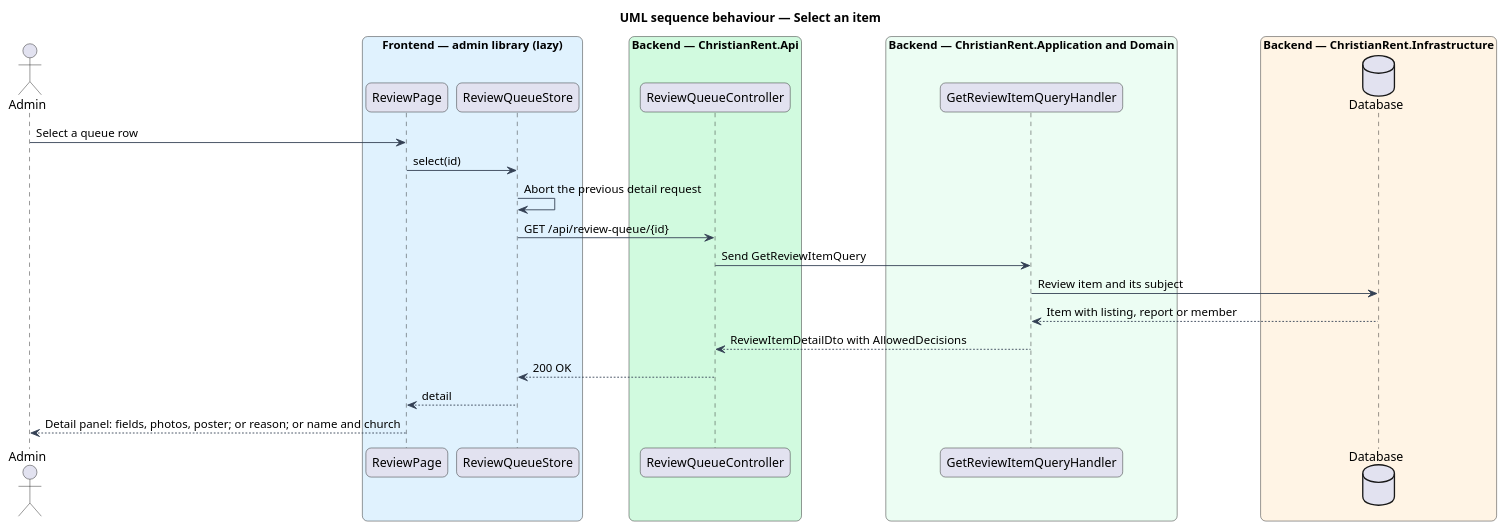
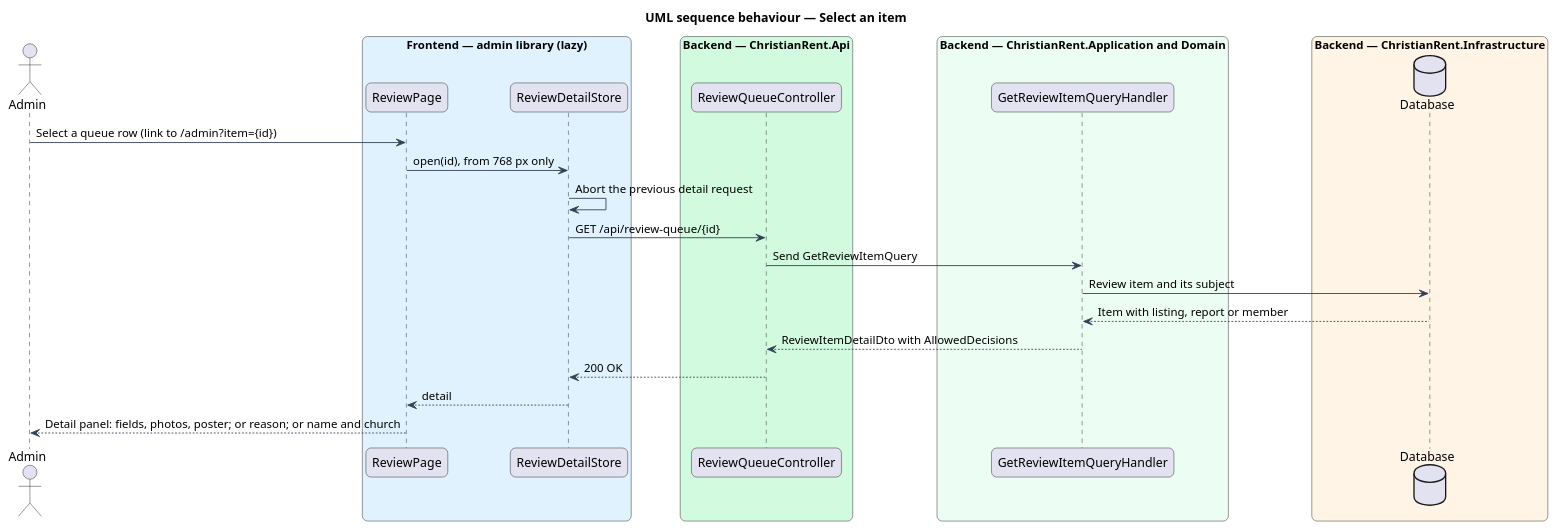
The diagram in docs/detailed-designs/review/view-review-queue/diagrams/sequence-select-item.puml (QuinntyneBrown/christian-rent), drawn with PlantUML before and after one commit. The commit also changed 19 other files, not shown here.

```diff
--- a/docs/detailed-designs/review/view-review-queue/diagrams/sequence-select-item.puml
+++ b/docs/detailed-designs/review/view-review-queue/diagrams/sequence-select-item.puml
@@ -1,42 +1,42 @@
 @startuml
 title UML sequence behaviour — Select an item
 skinparam backgroundColor #FFFFFF
 skinparam shadowing false
 skinparam roundcorner 12
 skinparam defaultFontName Arial
 skinparam ArrowColor #344054
 skinparam rectangle {
   BorderColor #344054
   FontColor #101828
 }
 skinparam package {
   BorderColor #667085
   FontColor #101828
   BackgroundColor #F9FAFB
 }
 actor "Admin" as actor
 box "Frontend — admin library (lazy)" #E0F2FE
   participant "ReviewPage" as page
-  participant "ReviewQueueStore" as store
+  participant "ReviewDetailStore" as store
 end box
 box "Backend — ChristianRent.Api" #D1FADF
   participant "ReviewQueueController" as ctrl
 end box
 box "Backend — ChristianRent.Application and Domain" #ECFDF3
   participant "GetReviewItemQueryHandler" as handler
 end box
 box "Backend — ChristianRent.Infrastructure" #FFF4E5
   database "Database" as db
 end box
-actor -> page : Select a queue row
-page -> store : select(id)
+actor -> page : Select a queue row (link to /admin?item={id})
+page -> store : open(id), from 768 px only
 store -> store : Abort the previous detail request
 store -> ctrl : GET /api/review-queue/{id}
 ctrl -> handler : Send GetReviewItemQuery
 handler -> db : Review item and its subject
 db --> handler : Item with listing, report or member
 handler --> ctrl : ReviewItemDetailDto with AllowedDecisions
 ctrl --> store : 200 OK
 store --> page : detail
 page --> actor : Detail panel: fields, photos, poster; or reason; or name and church
 @enduml
```
